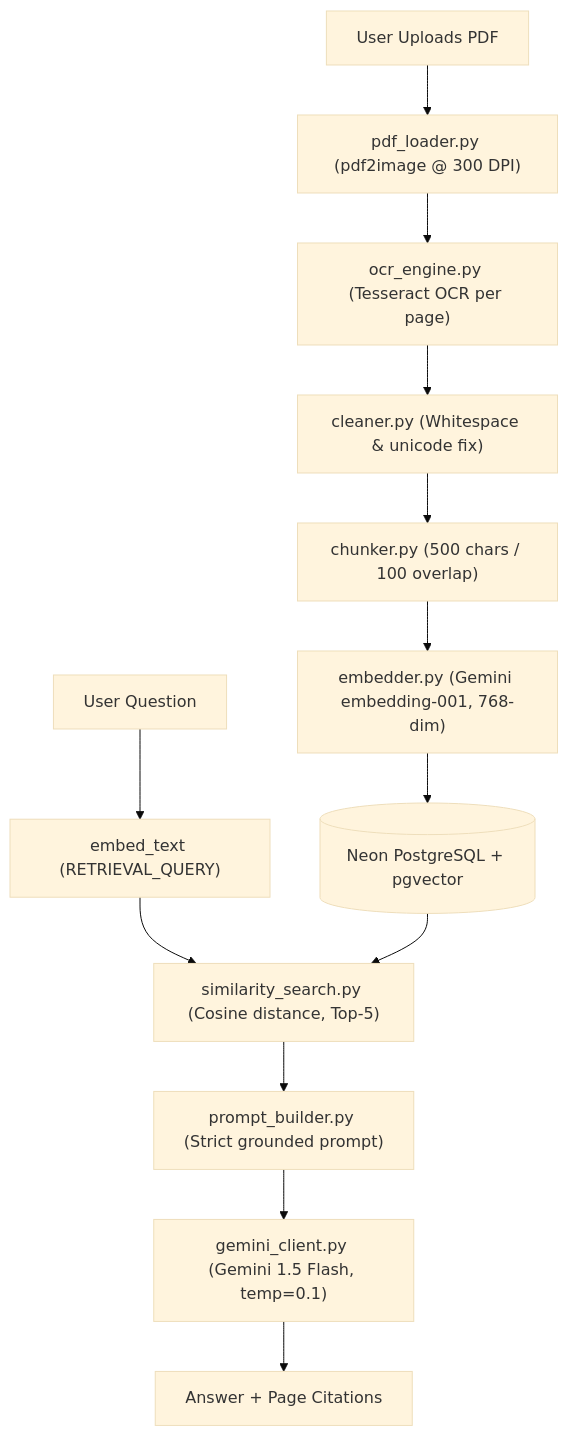
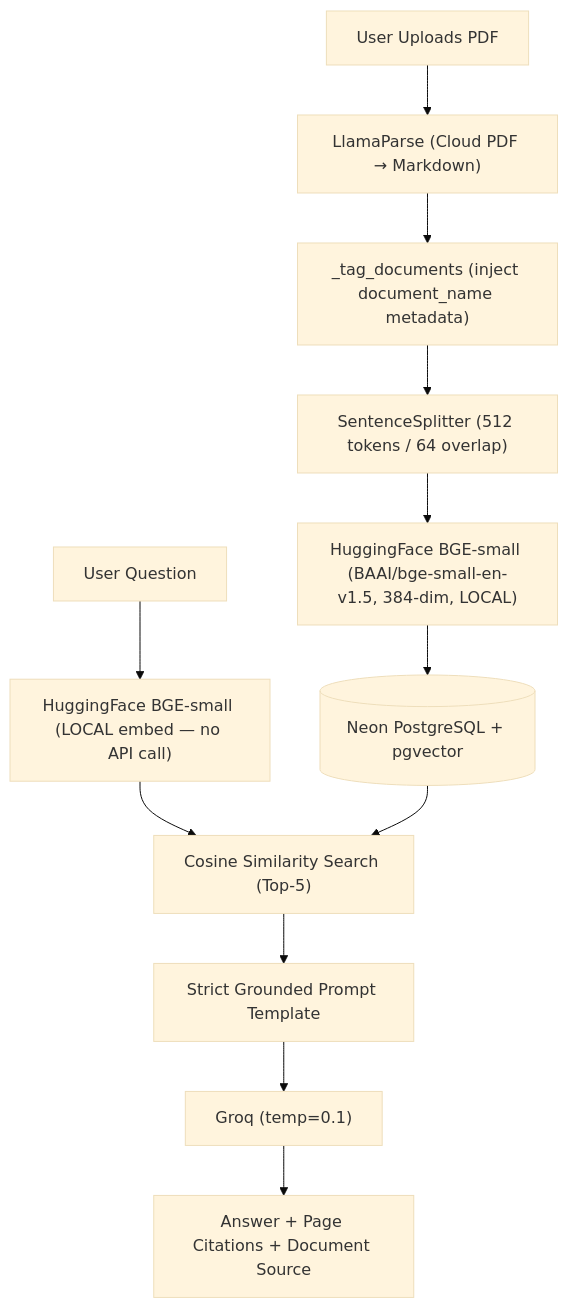
Before and after one commit to Kartikay-0111/RAG: the diagram in ARCHITECTURE.md, drawn with Mermaid (base theme). The commit also changed other lines of this file and 25 other files, not shown here.

Commit message:
feat: complete LlamaIndex migration (+ Groq, local embeddings, SDK update) [No Secrets]

````diff
--- a/ARCHITECTURE.md
+++ b/ARCHITECTURE.md
@@ -5,16 +5,15 @@
 ```mermaid
 flowchart TD
-    A[User Uploads PDF] --> B["pdf_loader.py (pdf2image @ 300 DPI)"]
-    B --> C["ocr_engine.py (Tesseract OCR per page)"]
-    C --> D["cleaner.py (Whitespace & unicode fix)"]
-    D --> E["chunker.py (500 chars / 100 overlap)"]
-    E --> F["embedder.py (Gemini embedding-001, 768-dim)"]
-    F --> G[(Neon PostgreSQL + pgvector)]
+    A[User Uploads PDF] --> B["LlamaParse (Cloud PDF → Markdown)"]
+    B --> C["_tag_documents (inject document_name metadata)"]
+    C --> D["SentenceSplitter (512 tokens / 64 overlap)"]
+    D --> E["HuggingFace BGE-small (BAAI/bge-small-en-v1.5, 384-dim, LOCAL)"]
+    E --> F[(Neon PostgreSQL + pgvector)]
 
-    H[User Question] --> I["embed_text (RETRIEVAL_QUERY)"]
-    I --> J["similarity_search.py (Cosine distance, Top-5)"]
-    G --> J
-    J --> K["prompt_builder.py (Strict grounded prompt)"]
-    K --> L["gemini_client.py (Gemini 1.5 Flash, temp=0.1)"]
-    L --> M[Answer + Page Citations]
+    G[User Question] --> H["HuggingFace BGE-small (LOCAL embed — no API call)"]
+    H --> I["Cosine Similarity Search (Top-5)"]
+    F --> I
+    I --> J["Strict Grounded Prompt Template"]
+    J --> K["Groq (temp=0.1)"]
+    K --> L[Answer + Page Citations + Document Source]
 ```
````
